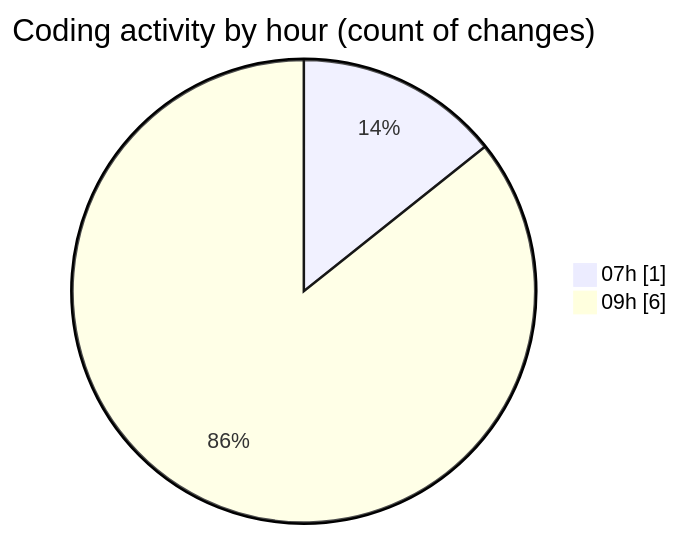
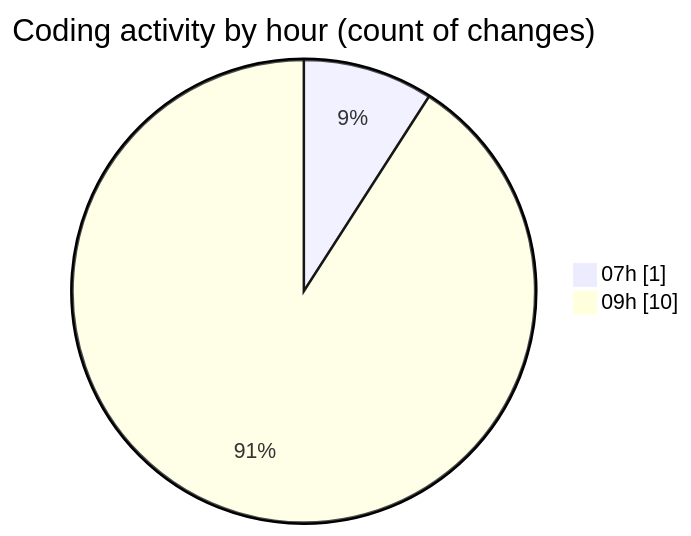
One commit to becaeroporto-bot/code-tracking changed the second of 2 diagrams in 2026-02-17/id_ia/README.md. Above: the diagram before and after it, drawn with Mermaid. The commit also changed other lines of this file and 1 other file, not shown here.

````diff
--- a/2026-02-17/id_ia/README.md
+++ b/2026-02-17/id_ia/README.md
@@ -32,6 +32,6 @@
 ```mermaid
 pie showData
 title Coding activity by hour (count of changes)
 "07h" : 1
-"09h" : 6
+"09h" : 10
 ```
````
